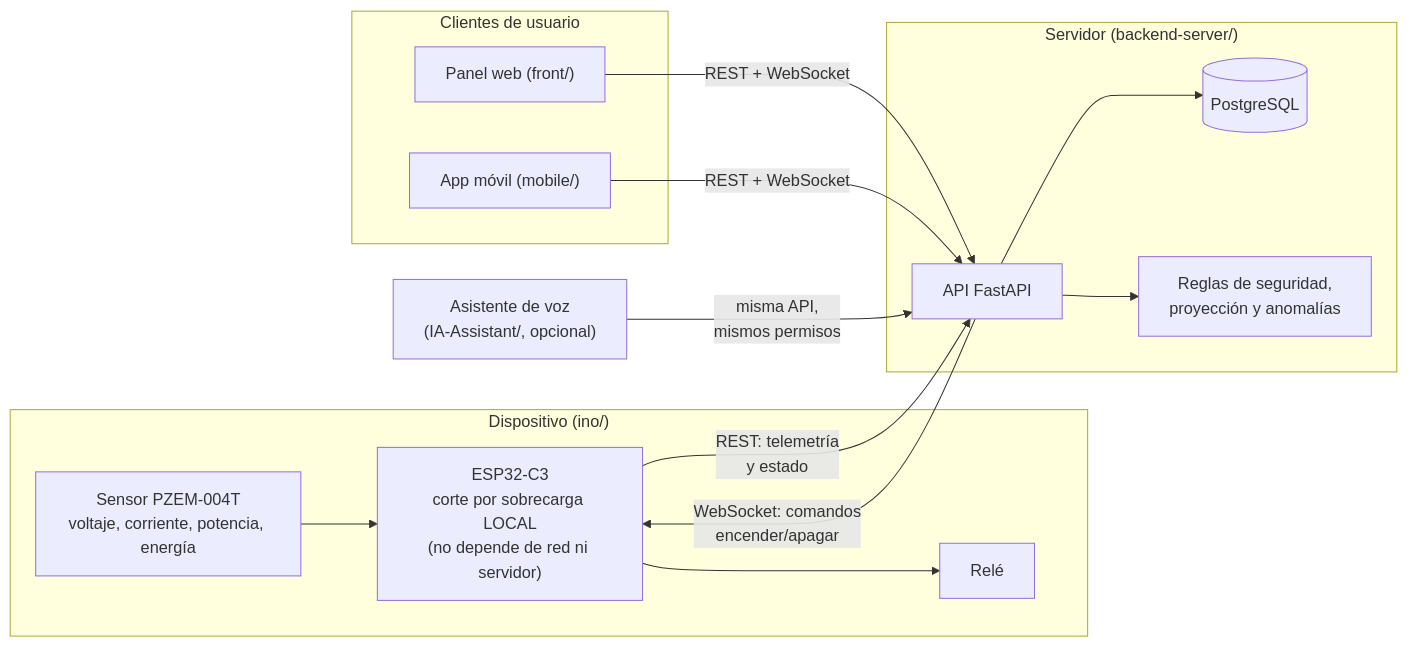
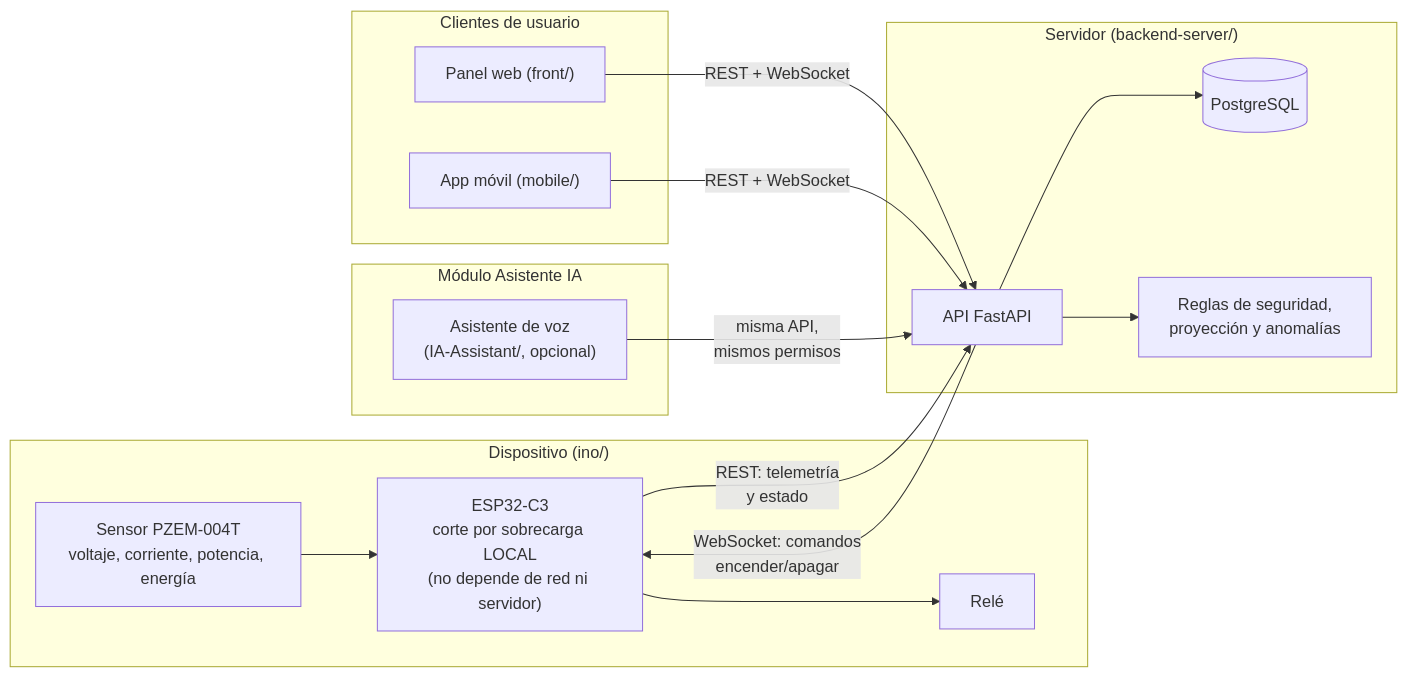
The diagram in README.md (SNPAIX/Smart-Breaker-Telemetria-de-Energia-IoT), drawn with Mermaid before and after one commit. The commit also changed 11 other files, not shown here.

````diff
--- a/README.md
+++ b/README.md
@@ -27,32 +27,34 @@
 ```mermaid
 flowchart LR
     subgraph device["Dispositivo (ino/)"]
         sensor["Sensor PZEM-004T\nvoltaje, corriente, potencia, energía"]
         mcu["ESP32-C3\ncorte por sobrecarga LOCAL\n(no depende de red ni servidor)"]
         relay["Relé"]
         sensor --> mcu --> relay
     end
 
     subgraph backend["Servidor (backend-server/)"]
         api["API FastAPI"]
         db[("PostgreSQL")]
         rules["Reglas de seguridad,\nproyección y anomalías"]
         api --> db
         api --> rules
     end
 
     subgraph clients["Clientes de usuario"]
         web["Panel web (front/)"]
         mobile["App móvil (mobile/)"]
     end
 
-    voice["Asistente de voz\n(IA-Assistant/, opcional)"]
+    subgraph assistant["Módulo Asistente IA"]
+        voice["Asistente de voz\n(IA-Assistant/, opcional)"]
+    end
 
     mcu -- "REST: telemetría\ny estado" --> api
     api -- "WebSocket: comandos\nencender/apagar" --> mcu
 
     web -- "REST + WebSocket" --> api
     mobile -- "REST + WebSocket" --> api
 
     voice -- "misma API,\nmismos permisos" --> api
 ```
````
